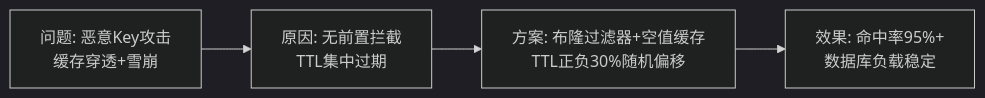
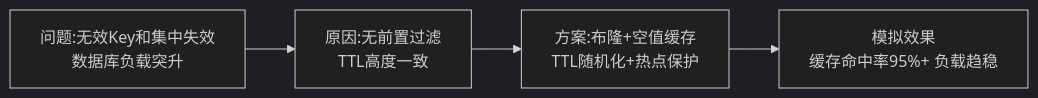
One commit to EdgarLQS/SoftwareArchitectureExamGuide changed the third of 3 diagrams in 02-论文专题/0001-软件架构风格/00-大纲记忆卡.md. Above: the diagram before and after it, drawn with Mermaid (dark theme). The commit also changed other lines of this file, not shown here.

Commit message:
fix(essay): correct architecture style cache and consistency guidance

````diff
--- a/02-论文专题/0001-软件架构风格/00-大纲记忆卡.md
+++ b/02-论文专题/0001-软件架构风格/00-大纲记忆卡.md
@@ -68,6 +116,6 @@
 ```mermaid
 flowchart LR
-    A["问题: 恶意Key攻击<br/>缓存穿透+雪崩"] --> B["原因: 无前置拦截<br/>TTL集中过期"]
-    B --> C["方案: 布隆过滤器+空值缓存<br/>TTL正负30%随机偏移"]
-    C --> D["效果: 命中率95%+<br/>数据库负载稳定"]
+    A["问题:无效Key和集中失效<br/>数据库负载突升"] --> B["原因:无前置过滤<br/>TTL高度一致"]
+    B --> C["方案:布隆+空值缓存<br/>TTL随机化+热点保护"]
+    C --> D["模拟效果<br/>缓存命中率95%+ 负载趋稳"]
 ```
````
